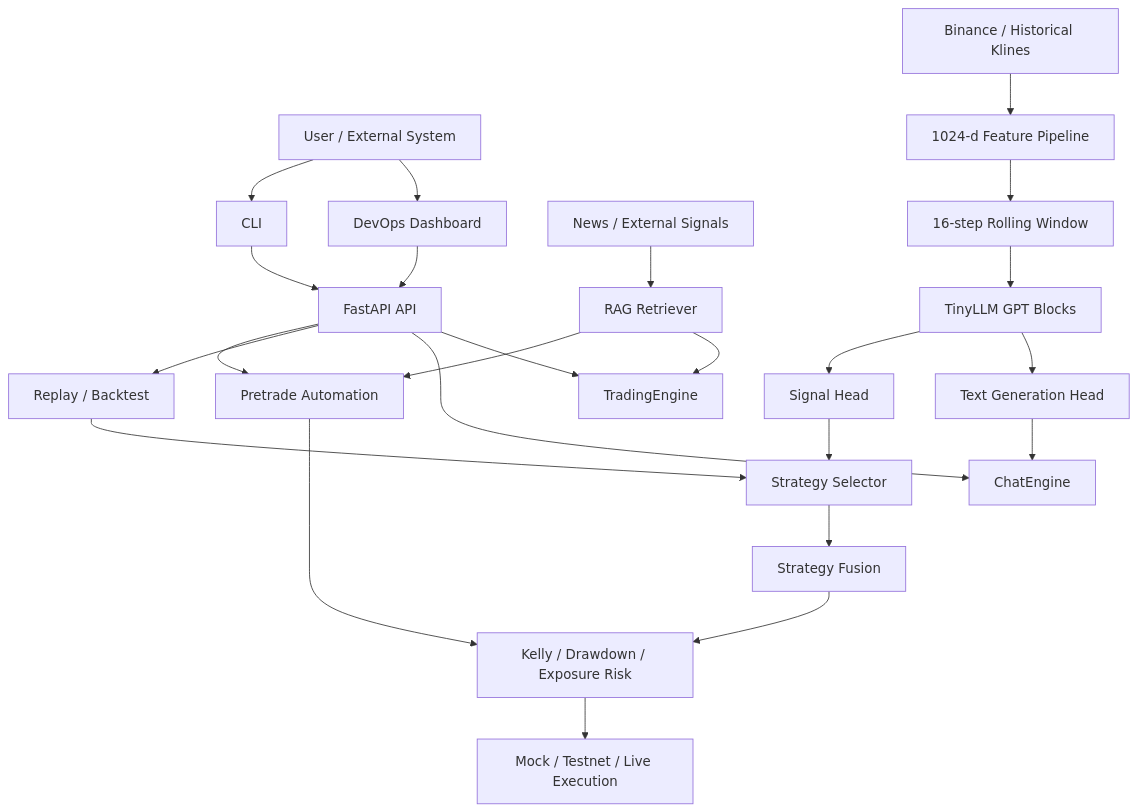
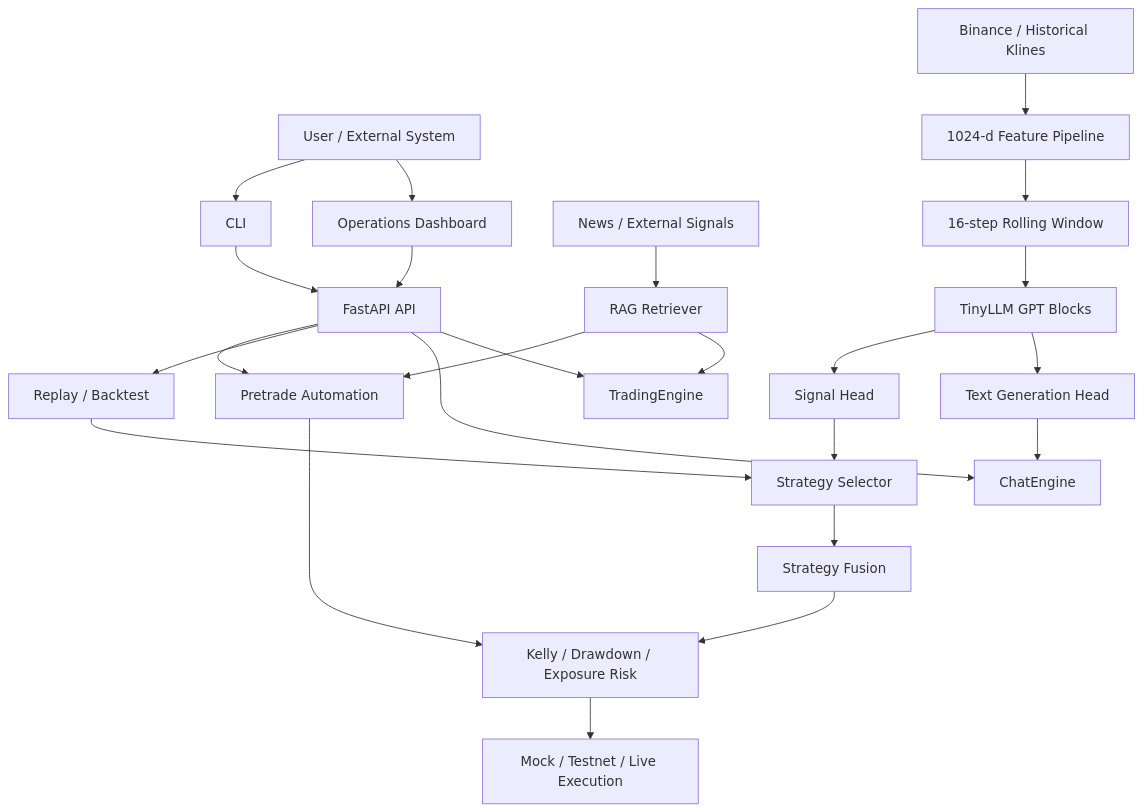
Before and after one commit to kyle0527/BioNeuronai: the diagram in docs/assets/architecture.mmd, drawn with Mermaid. The commit also changed 50 other files, not shown here.

```diff
--- a/docs/assets/architecture.mmd
+++ b/docs/assets/architecture.mmd
@@ -1,28 +1,28 @@
 flowchart TD
     user[User / External System] --> cli[CLI]
-    user --> dashboard[DevOps Dashboard]
+    user --> dashboard[Operations Dashboard]
     dashboard --> api[FastAPI API]
     cli --> api
 
     api --> pretrade[Pretrade Automation]
     api --> backtest[Replay / Backtest]
     api --> chat[ChatEngine]
     api --> trade[TradingEngine]
 
     market[Binance / Historical Klines] --> features[1024-d Feature Pipeline]
     news[News / External Signals] --> rag[RAG Retriever]
     rag --> pretrade
     rag --> trade
 
     features --> window[16-step Rolling Window]
     window --> tinyllm[TinyLLM GPT Blocks]
     tinyllm --> signal[Signal Head]
     tinyllm --> text[Text Generation Head]
 
     signal --> selector[Strategy Selector]
     selector --> fusion[Strategy Fusion]
     fusion --> risk[Kelly / Drawdown / Exposure Risk]
     pretrade --> risk
     risk --> execution[Mock / Testnet / Live Execution]
     text --> chat
     backtest --> selector
```
